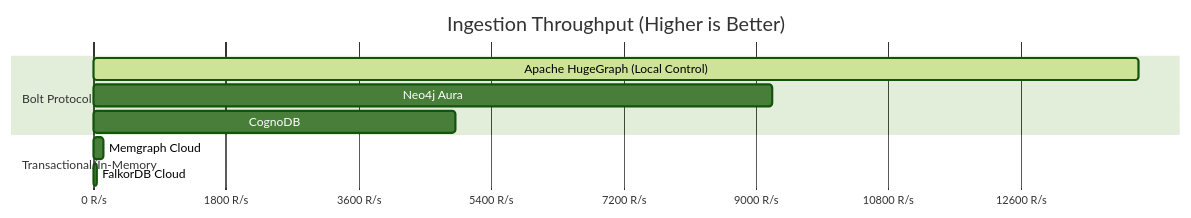
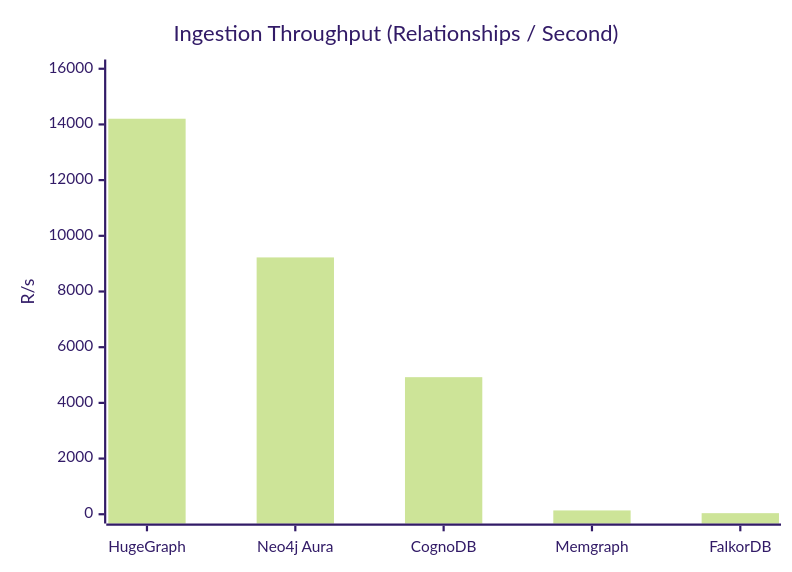
Before and after one commit to shaiksaheb19/CognoDB-Benchmark: the diagram in README.md, drawn with Mermaid (forest theme).

Commit message:
docs: finalize xychart data array format for automated grid rendering

````diff
--- a/README.md
+++ b/README.md
@@ -27,15 +27,7 @@
 ```mermaid
-gantt
-    title Ingestion Throughput (Higher is Better)
-    dateFormat  X
-    axisFormat %s R/s
-
-    section Bolt Protocol
-    Apache HugeGraph (Local Control) :active, 0, 14205
-    Neo4j Aura                      : 0, 9224
-    CognoDB                         : 0, 4923
-
-    section Transactional/In-Memory
-    Memgraph Cloud                  : 0, 137
-    FalkorDB Cloud                  : 0, 39
+xychart-beta
+    title "Ingestion Throughput (Relationships / Second)"
+    x-axis ["HugeGraph", "Neo4j Aura", "CognoDB", "Memgraph", "FalkorDB"]
+    y-axis "R/s" 0 --> 16000
+    bar [14205, 9224, 4923, 137, 39]
 ```
````
